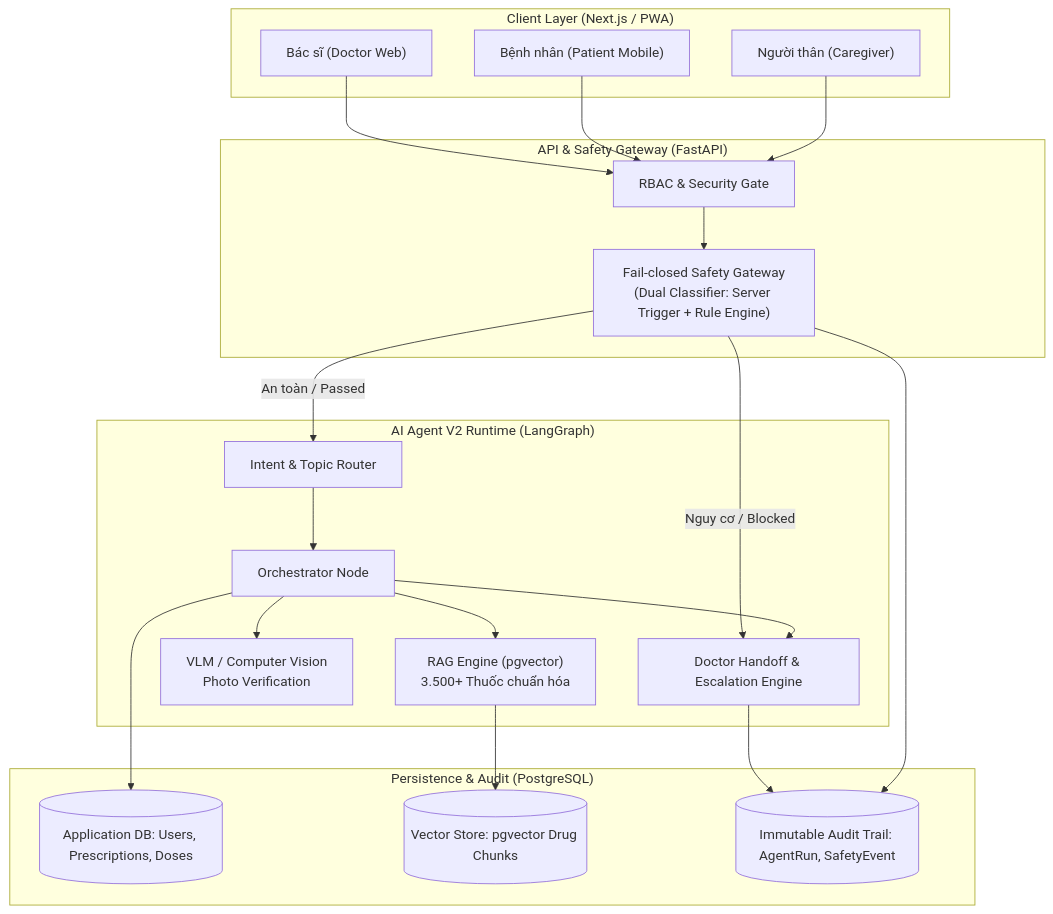
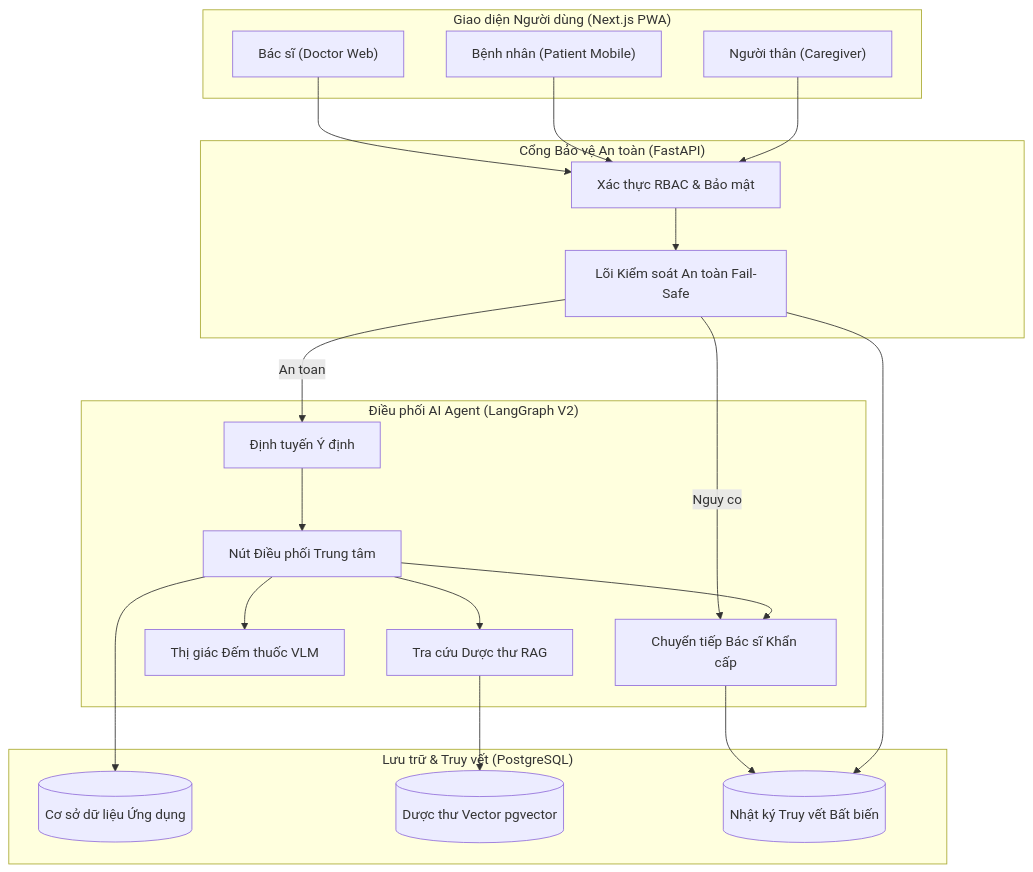
One commit to haiyen2602/Carelens changed the diagram in README.md. Above: the diagram before and after it, drawn with Mermaid.

Commit message:
docs: update project README documentation

````diff
--- a/README.md
+++ b/README.md
@@ -37,42 +37,42 @@
 ```mermaid
 flowchart TD
-    subgraph Client ["Client Layer (Next.js / PWA)"]
+    subgraph Client["Giao diện Người dùng (Next.js PWA)"]
         UI_Doc["Bác sĩ (Doctor Web)"]
         UI_Pat["Bệnh nhân (Patient Mobile)"]
         UI_Care["Người thân (Caregiver)"]
     end
 
-    subgraph Gateway ["API & Safety Gateway (FastAPI)"]
-        AUTH["RBAC & Security Gate"]
-        SAFETY["Fail-closed Safety Gateway<br/>(Dual Classifier: Server Trigger + Rule Engine)"]
+    subgraph Gateway["Cổng Bảo vệ An toàn (FastAPI)"]
+        AUTH["Xác thực RBAC & Bảo mật"]
+        SAFETY["Lõi Kiểm soát An toàn Fail-Safe"]
     end
 
-    subgraph AgentRuntime ["AI Agent V2 Runtime (LangGraph)"]
-        ROUTER["Intent & Topic Router"]
-        ORCH["Orchestrator Node"]
-        RAG_MOD["RAG Engine (pgvector)<br/>3.500+ Thuốc chuẩn hóa"]
-        VISION["VLM / Computer Vision<br/>Photo Verification"]
-        HANDOFF["Doctor Handoff & Escalation Engine"]
+    subgraph AgentRuntime["Điều phối AI Agent (LangGraph V2)"]
+        ROUTER["Định tuyến Ý định"]
+        ORCH["Nút Điều phối Trung tâm"]
+        RAG_MOD["Tra cứu Dược thư RAG"]
+        VISION["Thị giác Đếm thuốc VLM"]
+        HANDOFF["Chuyển tiếp Bác sĩ Khẩn cấp"]
     end
 
-    subgraph Database ["Persistence & Audit (PostgreSQL)"]
-        DB_APP[("Application DB: Users, Prescriptions, Doses")]
-        DB_VEC[("Vector Store: pgvector Drug Chunks")]
-        AUDIT[("Immutable Audit Trail: AgentRun, SafetyEvent")]
+    subgraph Database["Lưu trữ & Truy vết (PostgreSQL)"]
+        DB_APP[("Cơ sở dữ liệu Ứng dụng")]
+        DB_VEC[("Dược thư Vector pgvector")]
+        AUDIT[("Nhật ký Truy vết Bất biến")]
     end
 
     UI_Doc --> AUTH
     UI_Pat --> AUTH
     UI_Care --> AUTH
     AUTH --> SAFETY
-    SAFETY -->|An toàn / Passed| ROUTER
-    SAFETY -->|Nguy cơ / Blocked| HANDOFF
+    SAFETY -->|An toan| ROUTER
+    SAFETY -->|Nguy co| HANDOFF
     ROUTER --> ORCH
     ORCH --> RAG_MOD
     ORCH --> VISION
     ORCH --> HANDOFF
     ORCH --> DB_APP
     RAG_MOD --> DB_VEC
     HANDOFF --> AUDIT
     SAFETY --> AUDIT
 ```
````
